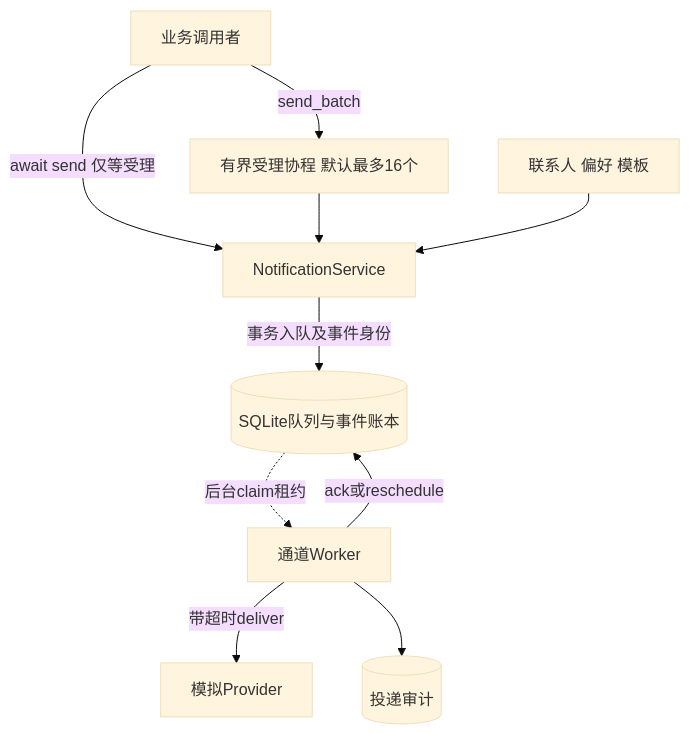
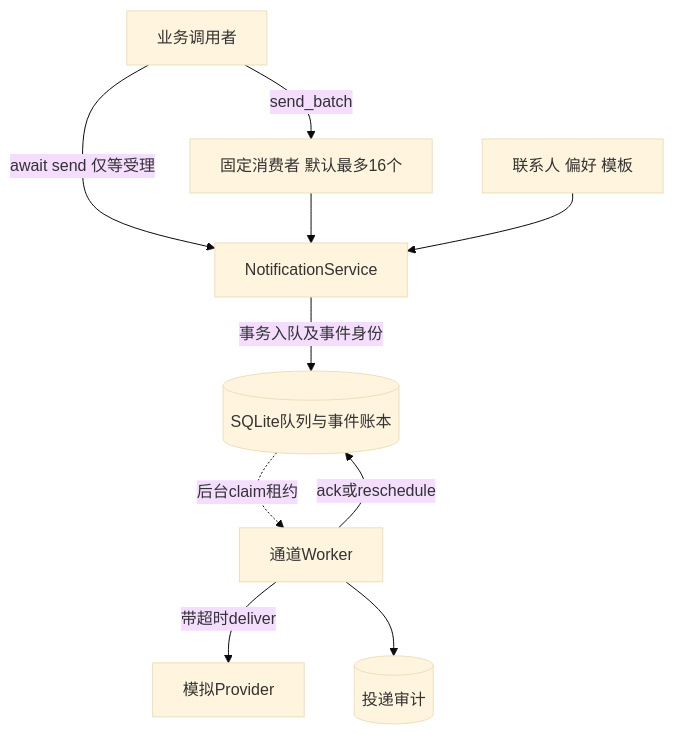
Before and after one commit to attackoncs/system-design-impl: the first of 2 diagrams in tools/learning_guides/notification-system.md, drawn with Mermaid (base theme). The commit also changed other lines of this file and 14 other files, not shown here.

````diff
--- a/tools/learning_guides/notification-system.md
+++ b/tools/learning_guides/notification-system.md
@@ -11,12 +11,12 @@
 ```mermaid
 flowchart TB
   B[业务调用者] -->|await send 仅等受理| S[NotificationService]
-  B -->|send_batch| A[有界受理协程 默认最多16个]
+  B -->|send_batch| A[固定消费者 默认最多16个]
   A --> S
   C[联系人 偏好 模板] --> S
   S -->|事务入队及事件身份| Q[(SQLite队列与事件账本)]
   Q -.->|后台claim租约| W[通道Worker]
   W -->|带超时deliver| P[模拟Provider]
   W -->|ack或reschedule| Q
   W --> L[(投递审计)]
 ```
````
